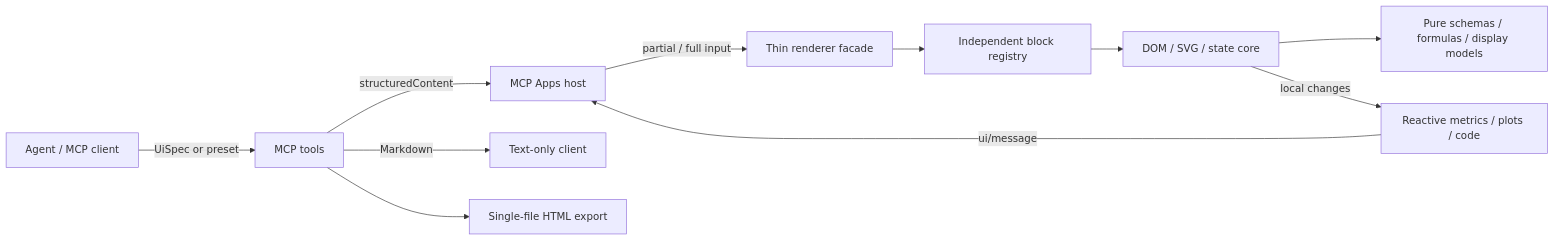
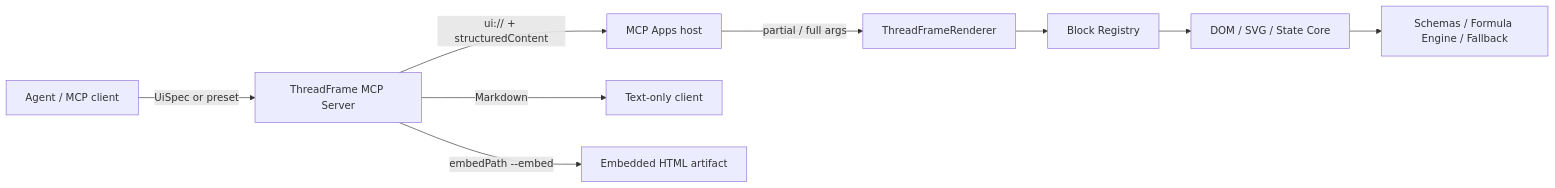
Before and after one commit to losewayy/threadframe: the diagram in README.md, drawn with Mermaid. The commit also changed other lines of this file and 14 other files, not shown here.

Commit message:
chore: rebrand to ThreadFrame (v0.3.0) and simplify README

````diff
--- a/README.md
+++ b/README.md
@@ -23,13 +85,11 @@
 ```mermaid
 flowchart LR
-  Agent[Agent / MCP client] -->|UiSpec or preset| Server[MCP tools]
-  Server -->|structuredContent| Host[MCP Apps host]
+  Agent[Agent / MCP client] -->|UiSpec or preset| Server[ThreadFrame MCP Server]
+  Server -->|ui:// + structuredContent| Host[MCP Apps host]
   Server -->|Markdown| Text[Text-only client]
-  Host -->|partial / full input| Renderer[Thin renderer facade]
-  Renderer --> Registry[Independent block registry]
-  Registry --> Core[DOM / SVG / state core]
-  Core --> Pure[Pure schemas / formulas / display models]
-  Core -->|local changes| Views[Reactive metrics / plots / code]
-  Views -->|ui/message| Host
-  Server --> Export[Single-file HTML export]
+  Server -->|embedPath --embed| Embed[Embedded HTML artifact]
+  Host -->|partial / full args| Renderer[ThreadFrameRenderer]
+  Renderer --> Registry[Block Registry]
+  Registry --> Core[DOM / SVG / State Core]
+  Core --> Pure[Schemas / Formula Engine / Fallback]
 ```
````
